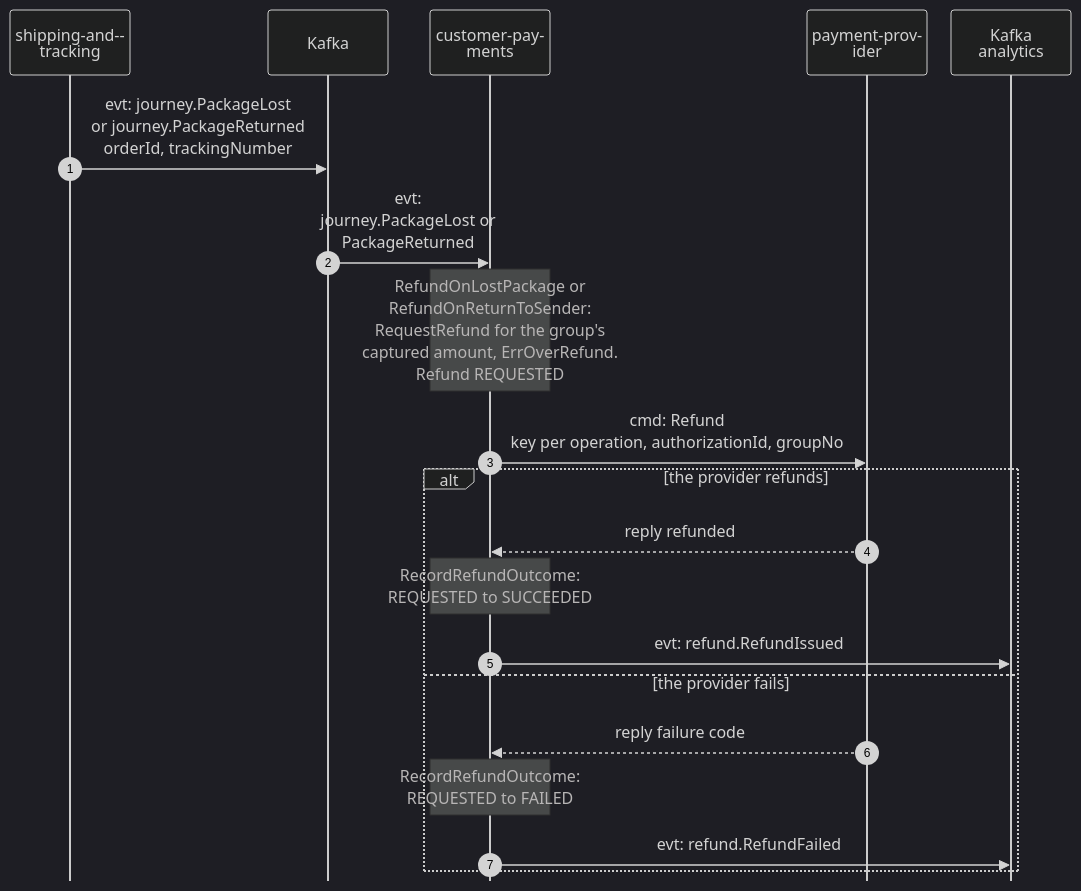
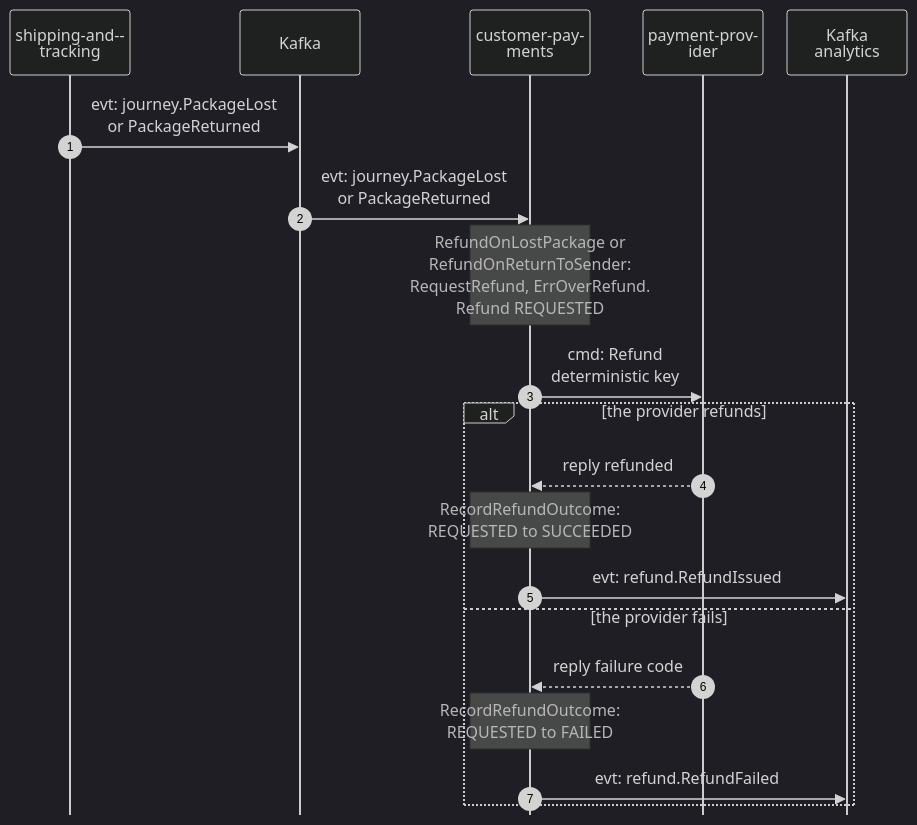
The fifth of 6 diagrams in storefront/docs/contexts/customer-payments/domain-message-flow.md (IQVO/warehouse-docs), drawn with Mermaid (dark theme) before and after one commit. The commit also changed other lines of this file and 7 other files, not shown here.

Commit message:
docs(storefront): wire customer-payments pack into sidebar and contexts index; tighten diagram widths

````diff
--- a/storefront/docs/contexts/customer-payments/domain-message-flow.md
+++ b/storefront/docs/contexts/customer-payments/domain-message-flow.md
@@ -157,23 +157,23 @@
 ```mermaid
 %%{init: {"sequence": {"wrap": true, "width": 120, "actorMargin": 24, "messageMargin": 28, "boxMargin": 6, "noteMargin": 6, "mirrorActors": false}}}%%
 sequenceDiagram
     autonumber
     participant ST as shipping-and-tracking
     participant K as Kafka
     participant CP as customer-payments
     participant PSP as payment-provider
     participant AN as Kafka analytics
-    ST->>K: evt: journey.PackageLost<br/>or journey.PackageReturned<br/>orderId, trackingNumber
-    K->>CP: evt: journey.PackageLost or PackageReturned
-    Note over CP: RefundOnLostPackage or<br/>RefundOnReturnToSender:<br/>RequestRefund for the group's<br/>captured amount, ErrOverRefund.<br/>Refund REQUESTED
-    CP->>PSP: cmd: Refund<br/>key per operation, authorizationId, groupNo
+    ST->>K: evt: journey.PackageLost<br/>or PackageReturned
+    K->>CP: evt: journey.PackageLost<br/>or PackageReturned
+    Note over CP: RefundOnLostPackage or<br/>RefundOnReturnToSender:<br/>RequestRefund, ErrOverRefund.<br/>Refund REQUESTED
+    CP->>PSP: cmd: Refund<br/>deterministic key
     alt the provider refunds
         PSP-->>CP: reply refunded
         Note over CP: RecordRefundOutcome:<br/>REQUESTED to SUCCEEDED
         CP->>AN: evt: refund.RefundIssued
     else the provider fails
         PSP-->>CP: reply failure code
         Note over CP: RecordRefundOutcome:<br/>REQUESTED to FAILED
         CP->>AN: evt: refund.RefundFailed
     end
 ```
````
